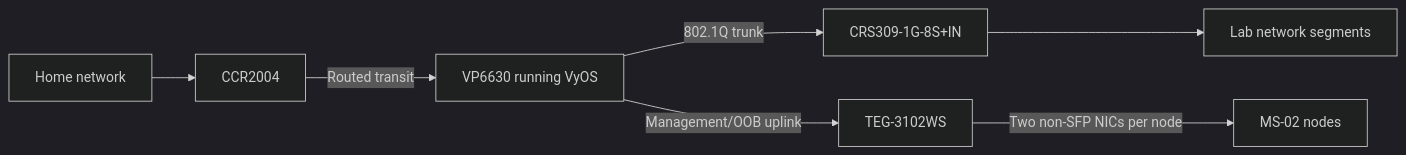
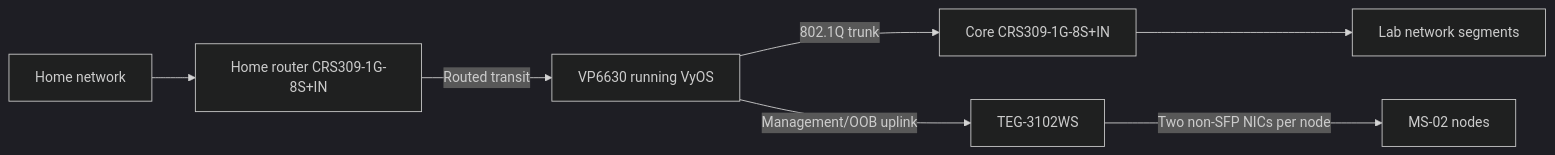
One commit to GilmanLab/root changed the diagram in docs/docs/designs/drafts/lab-v2-core-network.md. Above: the diagram before and after it, drawn with Mermaid (dark theme). The commit also changed other lines of this file and 3 other files, not shown here.

First line of the commit message:
docs: correct home router model to CRS309-1G-8S+IN (#5)

````diff
--- a/docs/docs/designs/drafts/lab-v2-core-network.md
+++ b/docs/docs/designs/drafts/lab-v2-core-network.md
@@ -52,9 +53,9 @@
 ```mermaid
 flowchart LR
-    HOME[Home network] --> CCR[CCR2004]
-    CCR -->|Routed transit| VYOS[VP6630 running VyOS]
-    VYOS -->|802.1Q trunk| CRS[CRS309-1G-8S+IN]
+    HOME[Home network] --> RTR[Home router CRS309-1G-8S+IN]
+    RTR -->|Routed transit| VYOS[VP6630 running VyOS]
+    VYOS -->|802.1Q trunk| CRS[Core CRS309-1G-8S+IN]
     CRS --> SEGMENTS[Lab network segments]
     VYOS -->|Management/OOB uplink| TEG[TEG-3102WS]
     TEG -->|Two non-SFP NICs per node| MS02[MS-02 nodes]
 ```
````
